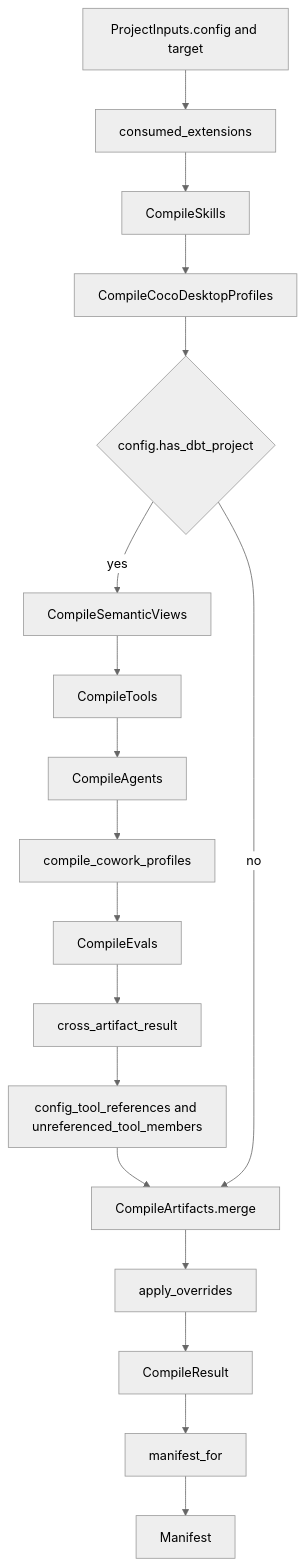
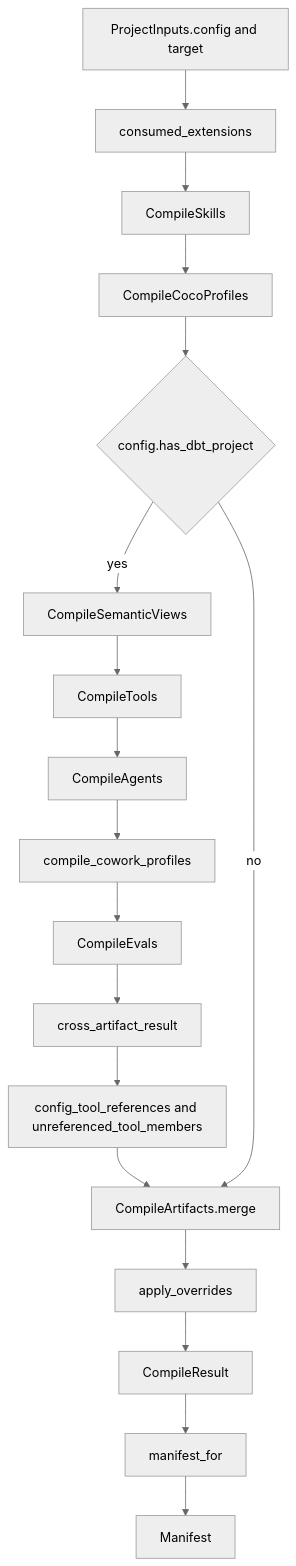
One commit to WhoopInc/snowflake-semantic-tools changed the third of 8 diagrams in docs/design/architecture.md. Above: the diagram before and after it, drawn with Mermaid (neutral theme). The commit also changed other lines of this file and 283 other files, not shown here.

First line of the commit message:
feat!: publish Cortex Code agent profiles in place of the CoCo Desktop profile registry

````diff
--- a/docs/design/architecture.md
+++ b/docs/design/architecture.md
@@ -230,20 +229,20 @@
 ```mermaid
 flowchart TD
     A["ProjectInputs.config and target"] --> B["consumed_extensions"]
     B --> C["CompileSkills"]
-    C --> D["CompileCocoDesktopProfiles"]
+    C --> D["CompileCocoProfiles"]
     D --> E{"config.has_dbt_project"}
     E -->|yes| F["CompileSemanticViews"]
     F --> G["CompileTools"]
     G --> H["CompileAgents"]
     H --> HC["compile_cowork_profiles"]
     HC --> I["CompileEvals"]
     I --> J["cross_artifact_result"]
     J --> T["config_tool_references and unreferenced_tool_members"]
     T --> K["CompileArtifacts.merge"]
     E -->|no| K
     K --> L["apply_overrides"]
     L --> M["CompileResult"]
     M --> N["manifest_for"]
     N --> O["Manifest"]
 ```
````
